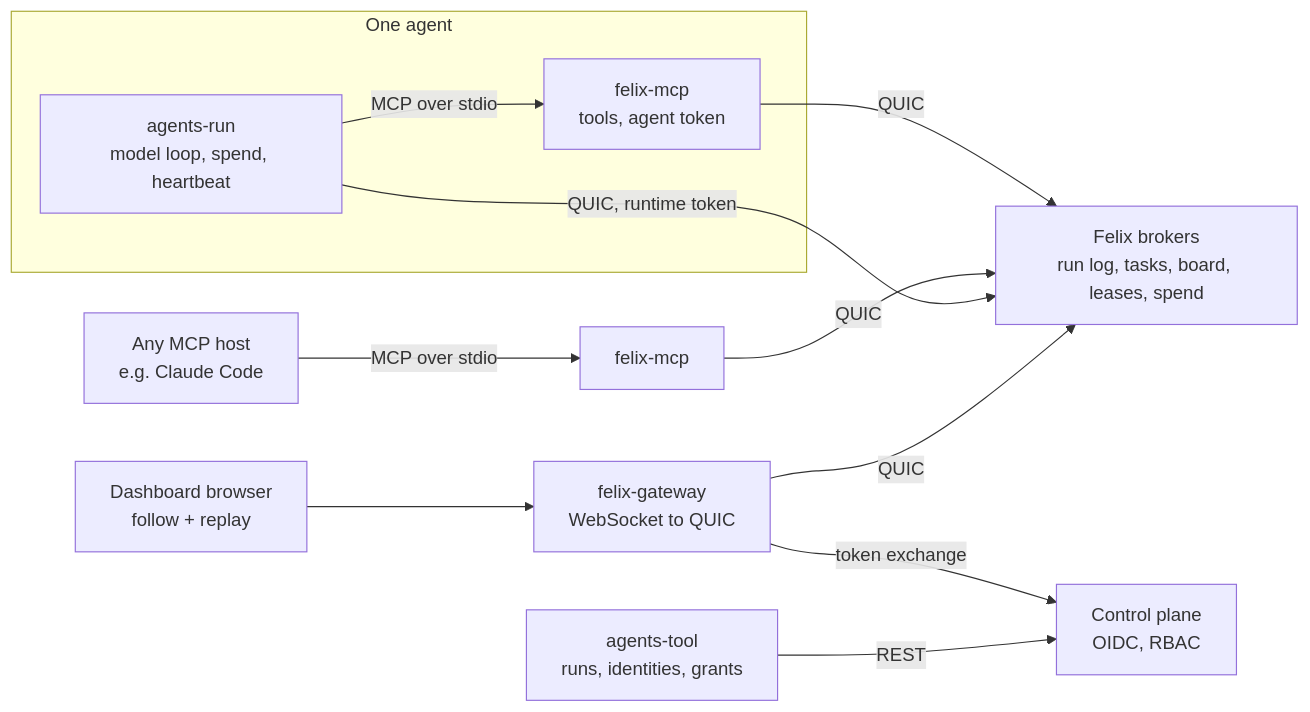
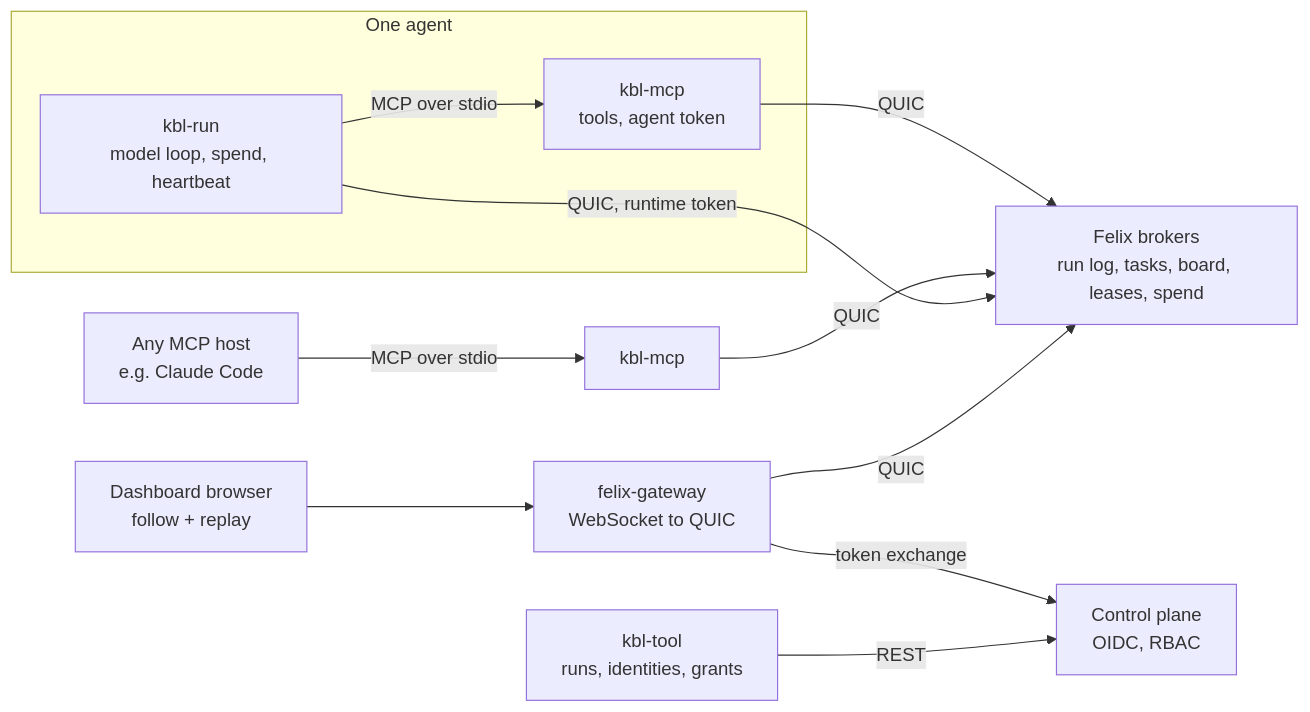
The diagram in docs/design.md (GetFelix/KBL), drawn with Mermaid before and after one commit. The commit also changed other lines of this file and 81 other files, not shown here.

````diff
--- a/docs/design.md
+++ b/docs/design.md
@@ -58,16 +58,16 @@
 ```mermaid
 flowchart LR
     subgraph Agent["One agent"]
-        RT["agents-run<br/>model loop, spend, heartbeat"]
-        MCP["felix-mcp<br/>tools, agent token"]
+        RT["kbl-run<br/>model loop, spend, heartbeat"]
+        MCP["kbl-mcp<br/>tools, agent token"]
         RT -->|MCP over stdio| MCP
     end
-    H["Any MCP host<br/>e.g. Claude Code"] -->|MCP over stdio| MCP2["felix-mcp"]
+    H["Any MCP host<br/>e.g. Claude Code"] -->|MCP over stdio| MCP2["kbl-mcp"]
     MCP -->|QUIC| BR["Felix brokers<br/>run log, tasks, board, leases, spend"]
     MCP2 -->|QUIC| BR
     RT -->|QUIC, runtime token| BR
     V["Dashboard browser<br/>follow + replay"] --> GW["felix-gateway<br/>WebSocket to QUIC"]
     GW -->|QUIC| BR
     GW -->|token exchange| CP["Control plane<br/>OIDC, RBAC"]
-    T["agents-tool<br/>runs, identities, grants"] -->|REST| CP
+    T["kbl-tool<br/>runs, identities, grants"] -->|REST| CP
 ```
````
